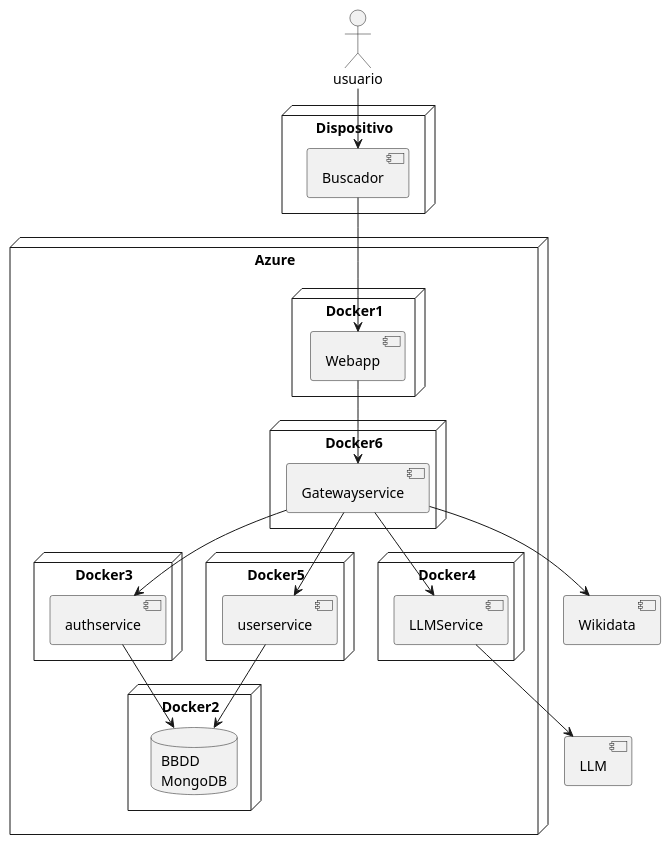
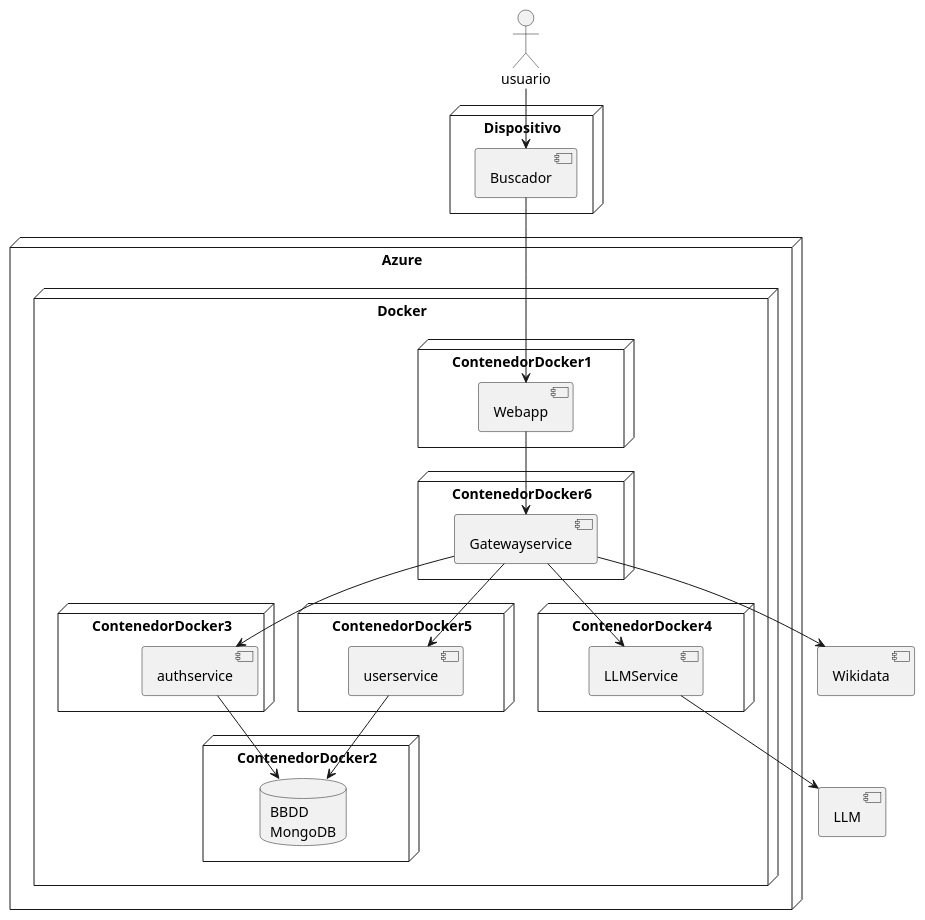
One commit to Arquisoft/wichat_es5b changed the diagram in docs/src/07_deployment_view.adoc. Above: the diagram before and after it, drawn with PlantUML. The commit also changed other lines of this file, not shown here.

Commit message:
Documentacion Punto 7 primera version

```diff
--- a/docs/src/07_deployment_view.adoc
+++ b/docs/src/07_deployment_view.adoc
@@ -63,54 +63,55 @@
 [plantuml, arquitectura, png]
 ----
 @startuml
 
-[Azure] as azure
+
 
 [Wikidata] as Wikidata
 actor usuario
 [LLM]
 
-node azure{
+node Azure{
+    node Docker{
+        node ContenedorDocker1{
+            [Webapp] as webapp
+        }
 
-    node Docker1{
-        [Webapp] as webapp
-    }
+        node ContenedorDocker2{
+            database "BBDD\nMongoDB" as BBDD
+        }
 
-    node Docker2{
-        database "BBDD\nMongoDB" as BBDD
-    }
+        node ContenedorDocker3{
+            [authservice] as ause
+        }
 
-    node Docker3{
-        [authservice] as ause
-    }
+        node ContenedorDocker4{
+            [LLMService] as LLMService
+        }
 
-    node Docker4{
-        [LLMService] as LLMService
-    }
+        node ContenedorDocker5{
+            [userservice] as userService
+        }
 
-    node Docker5{
-        [userservice] as userService
-    }
-
-    node Docker6{
-        [Gatewayservice] as gateway
+        node ContenedorDocker6{
+            [Gatewayservice] as gateway
+        }
     }
 }
 
 node Dispositivo{
     [Buscador] as buscador
 }
 
 usuario --> buscador
 buscador --> webapp
 webapp --> gateway
 gateway --> LLMService
 LLMService --> LLM
 gateway --> ause
 gateway --> userService
 gateway --> Wikidata
 userService --> BBDD
 ause --> BBDD
 
 @enduml
 ----
```
